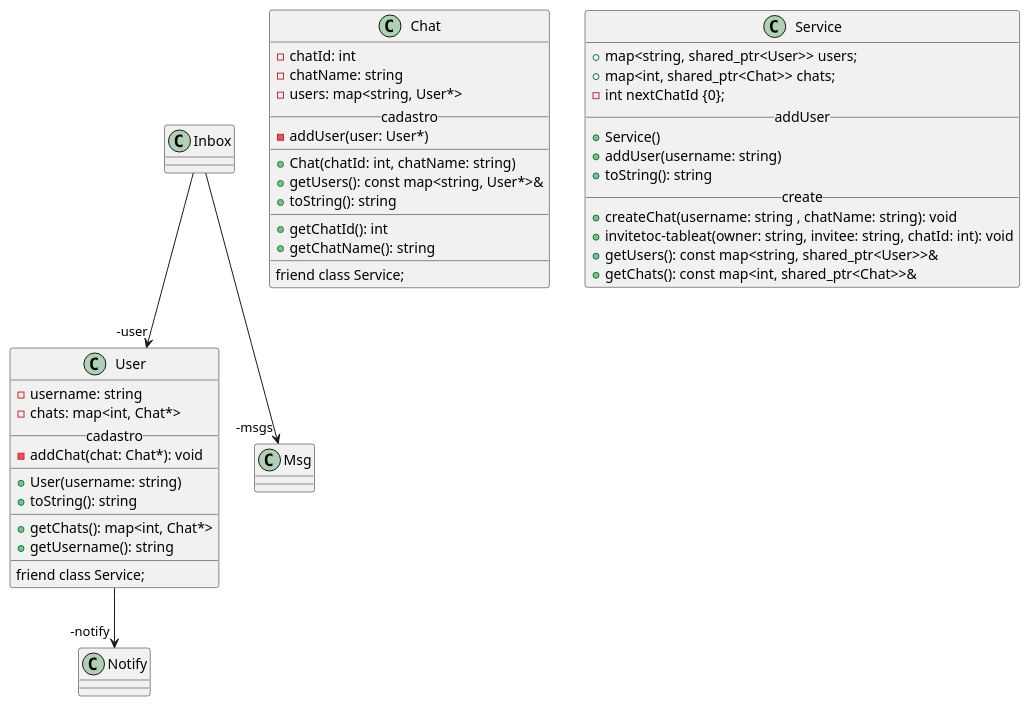
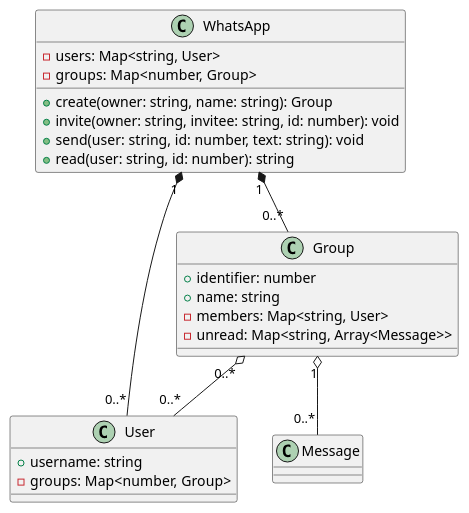
One commit to qxcodepoo/arcade changed the diagram in labs/whatsapp/assets/diagrama.puml. Above: the diagram before and after it, drawn with PlantUML. The commit also changed 119 other files, not shown here.

```diff
--- a/labs/whatsapp/assets/diagrama.puml
+++ b/labs/whatsapp/assets/diagrama.puml
@@ -1,54 +1,25 @@
 @startuml
-
+class WhatsApp {
+  - users: Map<string, User>
+  - groups: Map<number, Group>
+  + create(owner: string, name: string): Group
+  + invite(owner: string, invitee: string, id: number): void
+  + send(user: string, id: number, text: string): void
+  + read(user: string, id: number): string
+}
 class User {
-    - username: string
-    - chats: map<int, Chat*>
-    __cadastro__
-    - addChat(chat: Chat*): void
-    __
-    + User(username: string)
-    + toString(): string
-    __
-    + getChats(): map<int, Chat*>
-    + getUsername(): string
-    __
-    friend class Service;
+  + username: string
+  - groups: Map<number, Group>
 }
-
-class Chat {
-    - chatId: int
-    - chatName: string 
-    - users: map<string, User*>
-    __cadastro__
-    - addUser(user: User*)
-    __
-    + Chat(chatId: int, chatName: string)
-    + getUsers(): const map<string, User*>&
-    + toString(): string
-    __
-    + getChatId(): int
-    + getChatName(): string
-    __
-    friend class Service;
+class Group {
+  + identifier: number
+  + name: string
+  - members: Map<string, User>
+  - unread: Map<string, Array<Message>>
 }
-
-class Service {
-    + map<string, shared_ptr<User>> users;
-    + map<int, shared_ptr<Chat>> chats;
-    - int nextChatId {0};
-    __addUser__
-    + Service()
-    + addUser(username: string)
-    + toString(): string
-    __create__
-    + createChat(username: string , chatName: string): void 
-    + invitetoc-tableat(owner: string, invitee: string, chatId: int): void
-    + getUsers(): const map<string, shared_ptr<User>>&
-    + getChats(): const map<int, shared_ptr<Chat>>&
-}
-
-
-Inbox -->  "-user" User
-Inbox -->  "-msgs" Msg
-User -->  "-notify" Notify
+class Message
+WhatsApp "1" *-- "0..*" User
+WhatsApp "1" *-- "0..*" Group
+Group "0..*" o-- "0..*" User
+Group "1" o-- "0..*" Message
 @enduml
```
